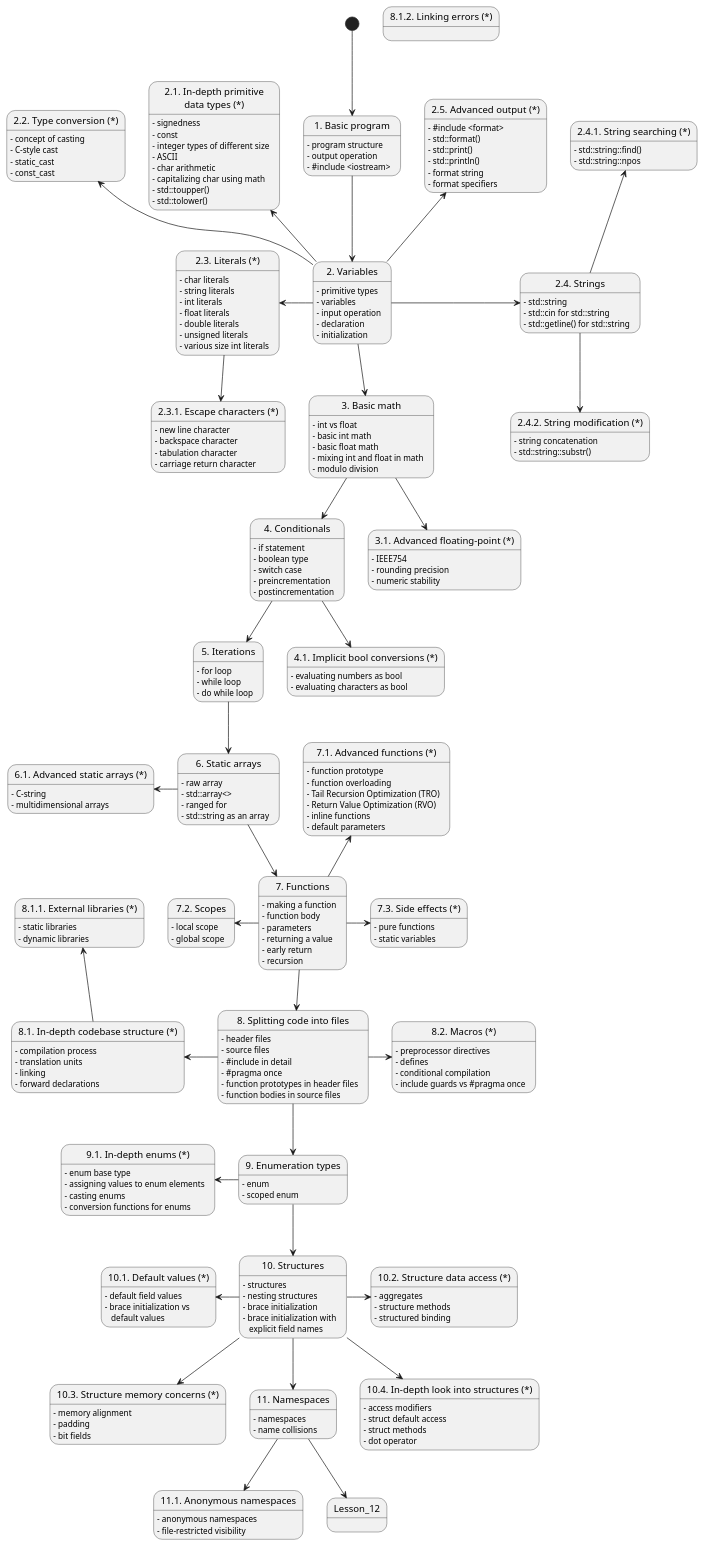
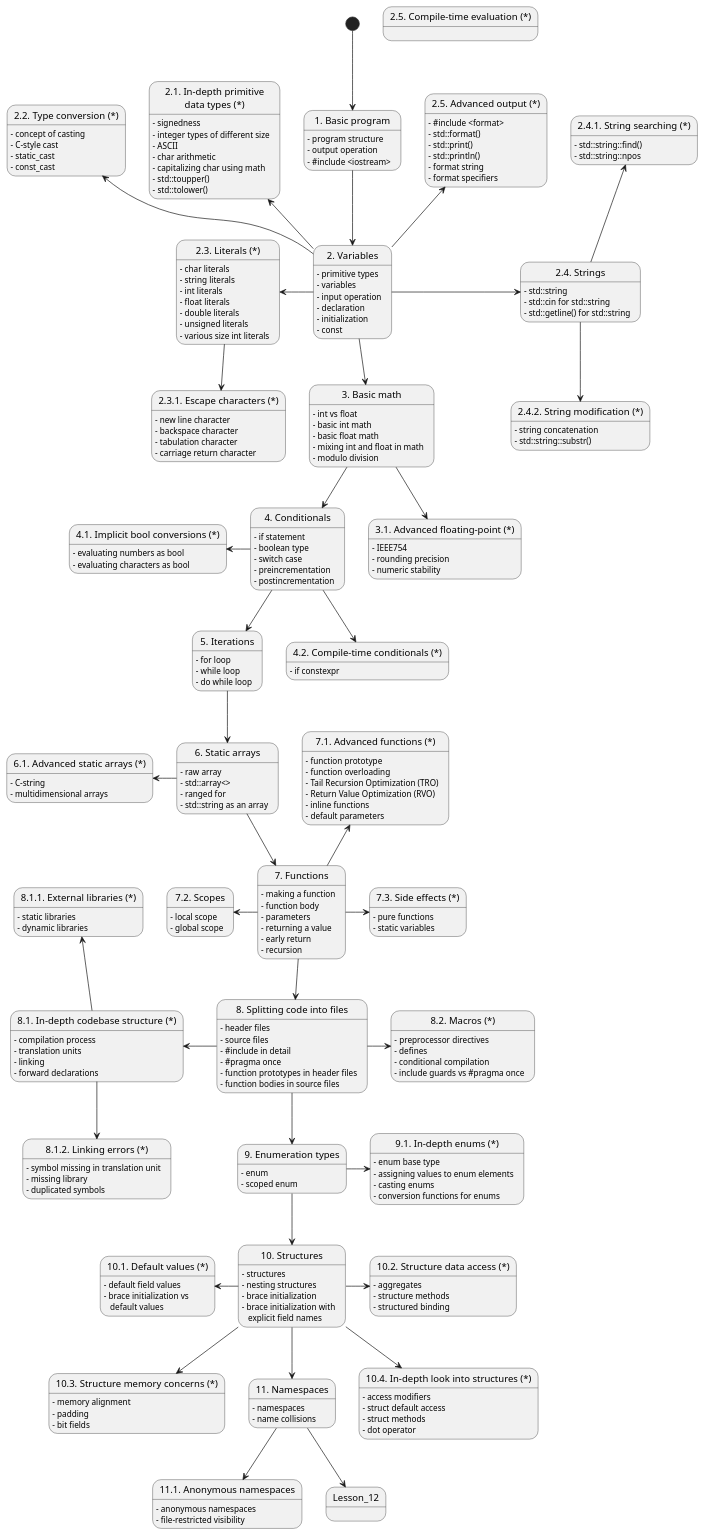
The diagram in markdown/Cpp/Roadmap.md (KacperWojciechowski/KacperWojciechowski.github.io), drawn with PlantUML before and after one commit.

```diff
--- a/markdown/Cpp/Roadmap.md
+++ b/markdown/Cpp/Roadmap.md
@@ -12,6 +12,7 @@
 state "2.4.1. String searching (*)" as Lesson_2_4_1
 state "2.4.2. String modification (*)" as Lesson_2_4_2
 state "3. Basic math" as Lesson_3
+state "2.5. Compile-time evaluation (*)" as Lesson_2_6
 state "2.5. Advanced output (*)" as Lesson_2_5
 
 
@@ -19,6 +20,7 @@
 state "3.1. Advanced floating-point (*)" as Lesson_3_1
 state "5. Iterations" as Lesson_5
 state "4.1. Implicit bool conversions (*)" as Lesson_4_1
+state "4.2. Compile-time conditionals (*)" as Lesson_4_2
 
 
 state "6. Static arrays" as Lesson_6
@@ -64,7 +66,8 @@
 Lesson_3 -down-> Lesson_3_1
 
 Lesson_4 -down-> Lesson_5
-Lesson_4 -down-> Lesson_4_1
+Lesson_4 -left-> Lesson_4_1
+Lesson_4 -down-> Lesson_4_2
 
 Lesson_5 -down-> Lesson_6
 
@@ -80,9 +83,10 @@
 Lesson_8 -left-> Lesson_8_1
 Lesson_8 -right->Lesson_8_2
 Lesson_8_1 -up-> Lesson_8_1_1
+Lesson_8_1 -down-> Lesson_8_1_2
 
 Lesson_9 -down-> Lesson_10
-Lesson_9 -left-> Lesson_9_1
+Lesson_9 -right-> Lesson_9_1
 
 Lesson_10 -down-> Lesson_11
 Lesson_10 -left-> Lesson_10_1
@@ -103,36 +107,15 @@
 Lesson_2 : - input operation
 Lesson_2 : - declaration
 Lesson_2 : - initialization
-Lesson_2_3_1 : - new line character
-Lesson_2_3_1 : - backspace character
-Lesson_2_3_1 : - tabulation character
-Lesson_2_3_1 : - carriage return character
-Lesson_2_4 : - std::string
-Lesson_2_4 : - std::cin for std::string
-Lesson_2_4 : - std::getline() for std::string
-Lesson_2_4_1 : - std::string::find()
-Lesson_2_4_1 : - std::string::npos
-Lesson_2_4_2 : - string concatenation
-Lesson_2_4_2 : - std::string::substr()
-Lesson_2_5 : - #include <format>
-Lesson_2_5 : - std::format()
-Lesson_2_5 : - std::print()
-Lesson_2_5 : - std::println()
-Lesson_2_5 : - format string
-Lesson_2_5 : - format specifiers
+Lesson_2 : - const
 
 Lesson_2_1 : - signedness
-Lesson_2_1 : - const
 Lesson_2_1 : - integer types of different size
 Lesson_2_1 : - ASCII
 Lesson_2_1 : - char arithmetic
 Lesson_2_1 : - capitalizing char using math
 Lesson_2_1 : - std::toupper()
 Lesson_2_1 : - std::tolower()
-
-Lesson_3_1 : - IEEE754
-Lesson_3_1 : - rounding precision
-Lesson_3_1 : - numeric stability
 
 Lesson_2_2 : - concept of casting
 Lesson_2_2 : - C-style cast
@@ -147,11 +130,38 @@
 Lesson_2_3 : - unsigned literals
 Lesson_2_3 : - various size int literals
 
+Lesson_2_3_1 : - new line character
+Lesson_2_3_1 : - backspace character
+Lesson_2_3_1 : - tabulation character
+Lesson_2_3_1 : - carriage return character
+
+Lesson_2_4 : - std::string
+Lesson_2_4 : - std::cin for std::string
+Lesson_2_4 : - std::getline() for std::string
+
+Lesson_2_4_1 : - std::string::find()
+Lesson_2_4_1 : - std::string::npos
+
+Lesson_2_4_2 : - string concatenation
+Lesson_2_4_2 : - std::string::substr()
+
+Lesson_2_5 : - #include <format>
+Lesson_2_5 : - std::format()
+Lesson_2_5 : - std::print()
+Lesson_2_5 : - std::println()
+Lesson_2_5 : - format string
+Lesson_2_5 : - format specifiers
+
+
 Lesson_3 : - int vs float
 Lesson_3 : - basic int math
 Lesson_3 : - basic float math
 Lesson_3 : - mixing int and float in math
 Lesson_3 : - modulo division
+
+Lesson_3_1 : - IEEE754
+Lesson_3_1 : - rounding precision
+Lesson_3_1 : - numeric stability
 
 Lesson_4 : - if statement
 Lesson_4 : - boolean type
@@ -161,6 +171,8 @@
 
 Lesson_4_1 : - evaluating numbers as bool
 Lesson_4_1 : - evaluating characters as bool
+
+Lesson_4_2 : - if constexpr
 
 Lesson_5 : - for loop
 Lesson_5 : - while loop
@@ -209,6 +221,10 @@
 Lesson_8_1_1 : - static libraries
 Lesson_8_1_1 : - dynamic libraries
 
+Lesson_8_1_2 : - symbol missing in translation unit
+Lesson_8_1_2 : - missing library
+Lesson_8_1_2 : - duplicated symbols
+
 Lesson_8_2 : - preprocessor directives
 Lesson_8_2 : - defines
 Lesson_8_2 : - conditional compilation
```
